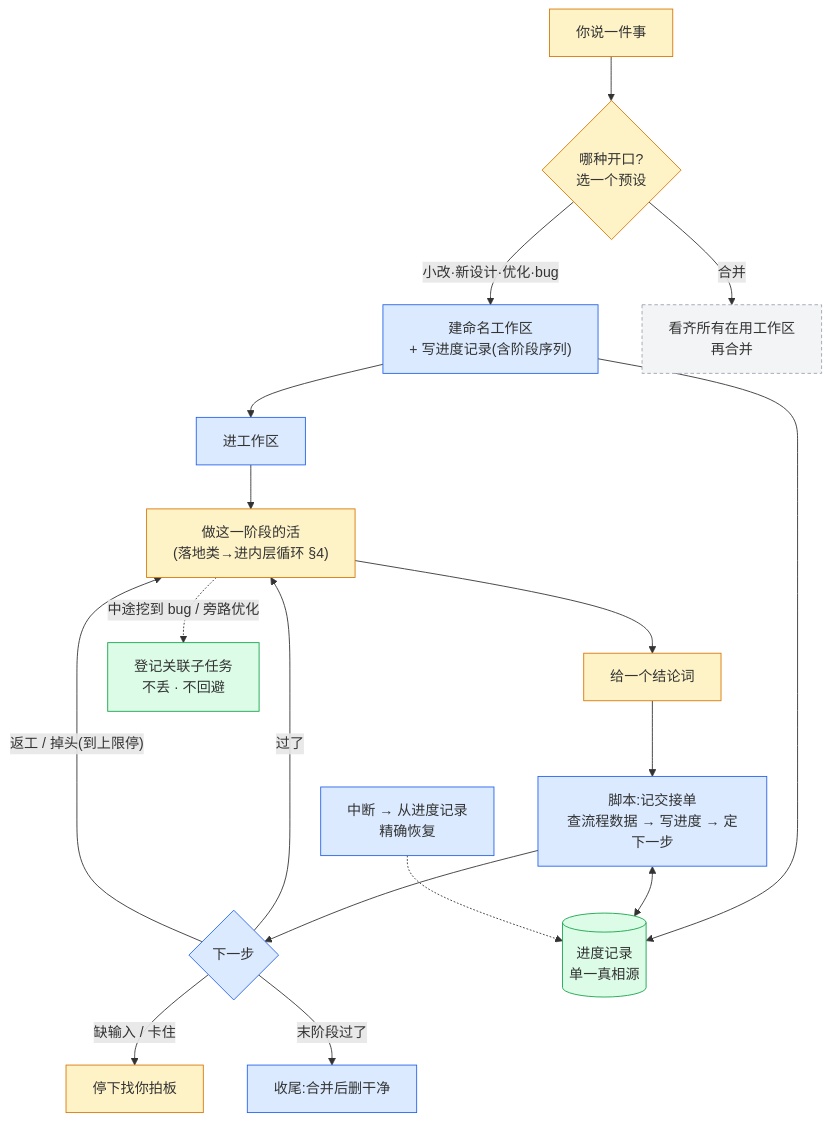
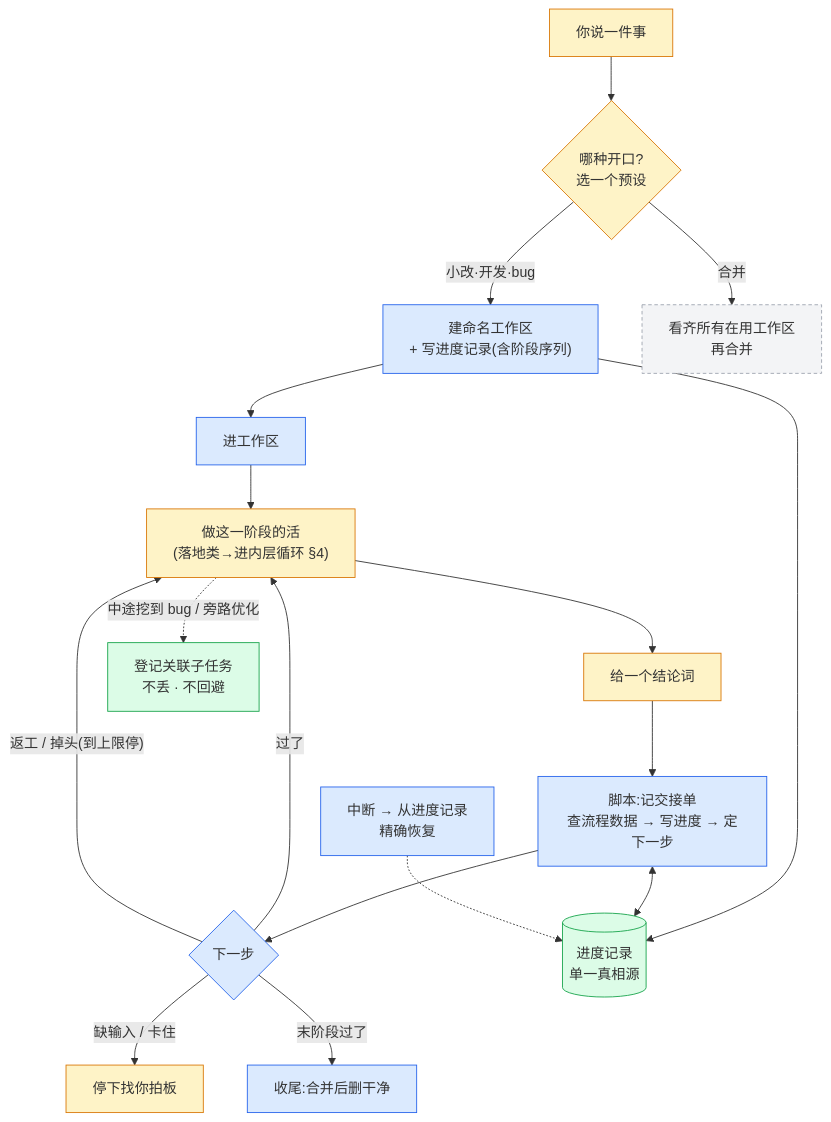
Before and after one commit to chancheuklap/multi-model-workflow: the third of 9 diagrams in plugin2/OVERVIEW.md, drawn with Mermaid. The commit also changed other lines of this file and 7 other files, not shown here.

````diff
--- a/plugin2/OVERVIEW.md
+++ b/plugin2/OVERVIEW.md
@@ -78,29 +78,29 @@
 ```mermaid
 flowchart TD
     IN["你说一件事"]:::ai --> CLS{"哪种开口?<br/>选一个预设"}:::ai
-    CLS -->|"小改·新设计·优化·bug"| PREP["建命名工作区<br/>+ 写进度记录(含阶段序列)"]:::sh
+    CLS -->|"小改·开发·bug"| PREP["建命名工作区<br/>+ 写进度记录(含阶段序列)"]:::sh
     CLS -->|"合并"| MG["看齐所有在用工作区<br/>再合并"]:::todo
 
     PREP --> ENTER["进工作区"]:::sh
     ENTER --> WORK["做这一阶段的活<br/>(落地类→进内层循环 §4)"]:::ai
     WORK --> CONC["给一个结论词"]:::ai
     CONC --> FLOW["脚本:记交接单<br/>查流程数据 → 写进度 → 定下一步"]:::sh
     FLOW --> BR{"下一步"}:::sh
 
     BR -->|"过了"| WORK
     BR -->|"返工 / 掉头(到上限停)"| WORK
     BR -->|"缺输入 / 卡住"| YOU["停下找你拍板"]:::ai
     BR -->|"末阶段过了"| DONE["收尾:合并后删干净"]:::sh
 
     WORK -.->|"中途挖到 bug / 旁路优化"| SPIN["登记关联子任务<br/>不丢 · 不回避"]:::doc
 
     PROG[("进度记录<br/>单一真相源")]:::doc
     PREP --> PROG
     FLOW <--> PROG
     RES["中断 → 从进度记录<br/>精确恢复"]:::sh -.-> PROG
 
     classDef ai fill:#fef3c7,stroke:#d97706
     classDef sh fill:#dbeafe,stroke:#2563eb
     classDef doc fill:#dcfce7,stroke:#16a34a
     classDef todo fill:#f3f4f6,stroke:#9ca3af,stroke-dasharray:4 3
 ```
````
